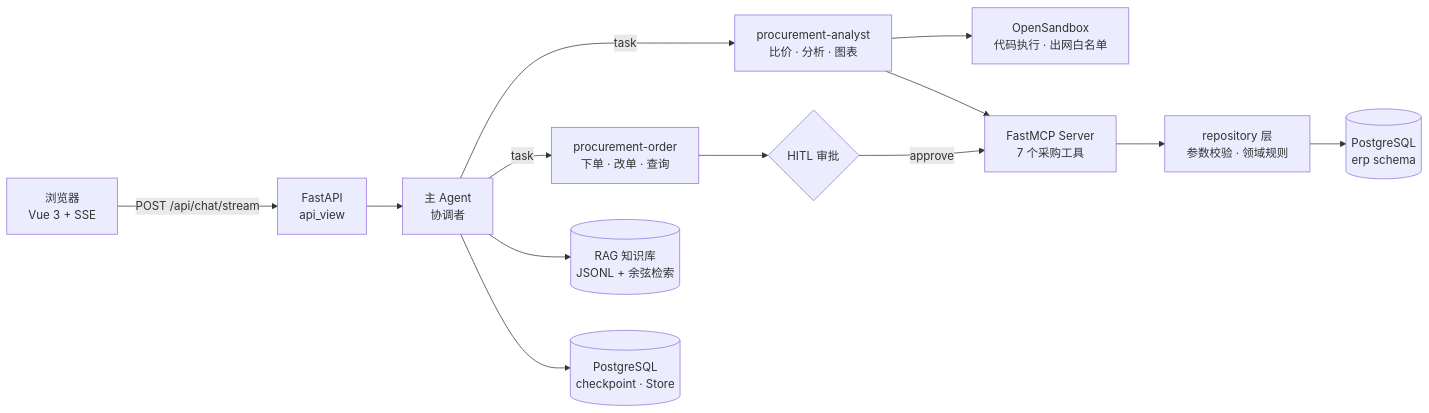
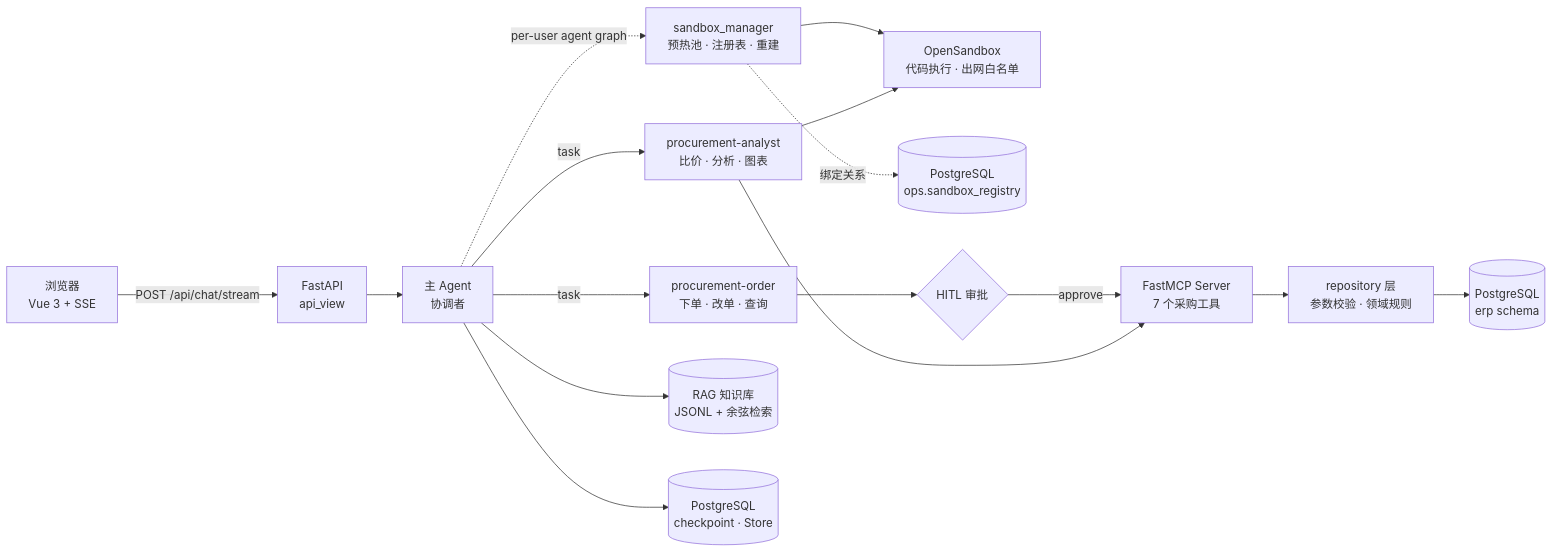
Before and after one commit to 1Nondai/erp-procurement-agent: the diagram in README.md, drawn with Mermaid. The commit also changed other lines of this file and 30 other files, not shown here.

First line of the commit message:
feat(sandbox): 恢复 per-user 沙箱池、预热与自愈链路

````diff
--- a/README.md
+++ b/README.md
@@ -49,15 +55,18 @@
 ```mermaid
 flowchart LR
     U[浏览器<br/>Vue 3 + SSE] -->|POST /api/chat/stream| API[FastAPI<br/>api_view]
     API --> A[主 Agent<br/>协调者]
     A -->|task| S1[procurement-analyst<br/>比价 · 分析 · 图表]
     A -->|task| S2[procurement-order<br/>下单 · 改单 · 查询]
-    S1 --> SB[OpenSandbox<br/>代码执行 · 出网白名单]
+    A -.per-user agent graph.-> MGR[sandbox_manager<br/>预热池 · 注册表 · 重建]
+    MGR --> SB[OpenSandbox<br/>代码执行 · 出网白名单]
+    MGR -.绑定关系.-> REG[(PostgreSQL<br/>ops.sandbox_registry)]
+    S1 --> SB
     S2 --> HITL{HITL 审批}
     HITL -->|approve| MCP
     S1 --> MCP[FastMCP Server<br/>7 个采购工具]
     MCP --> REPO[repository 层<br/>参数校验 · 领域规则]
     REPO --> PG[(PostgreSQL<br/>erp schema)]
     A --> RAG[(RAG 知识库<br/>JSONL + 余弦检索)]
     A --> CKPT[(PostgreSQL<br/>checkpoint · Store)]
 ```
````
